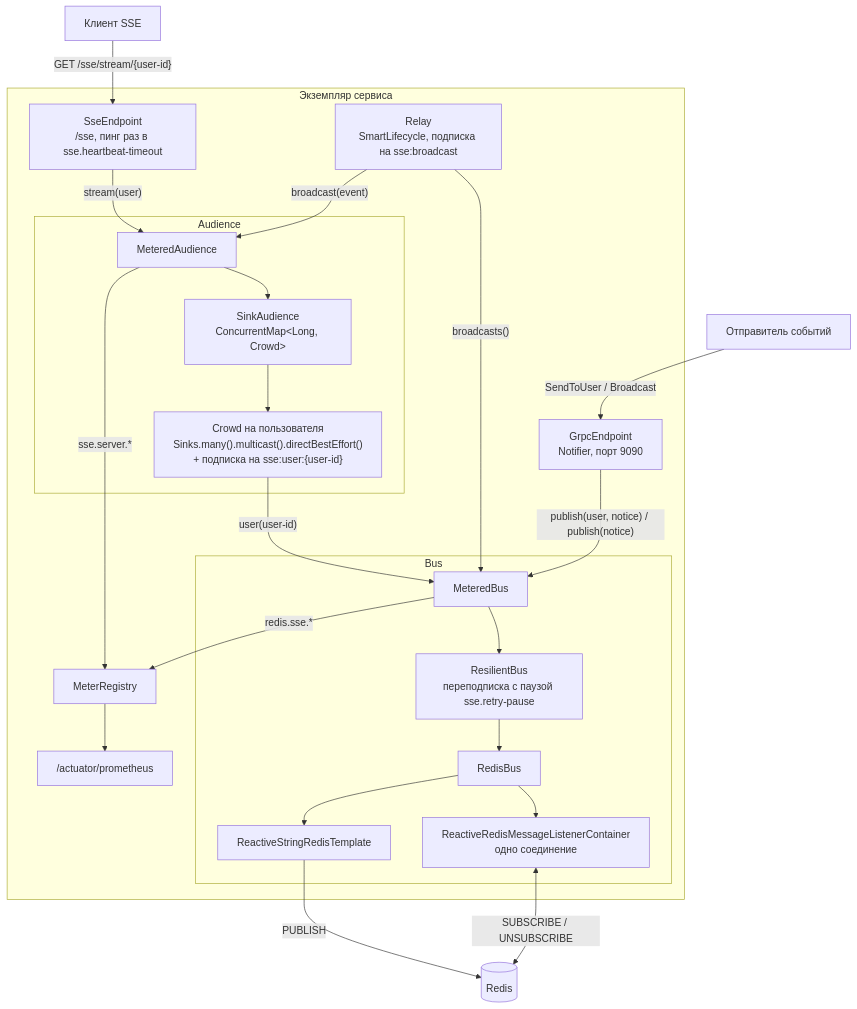
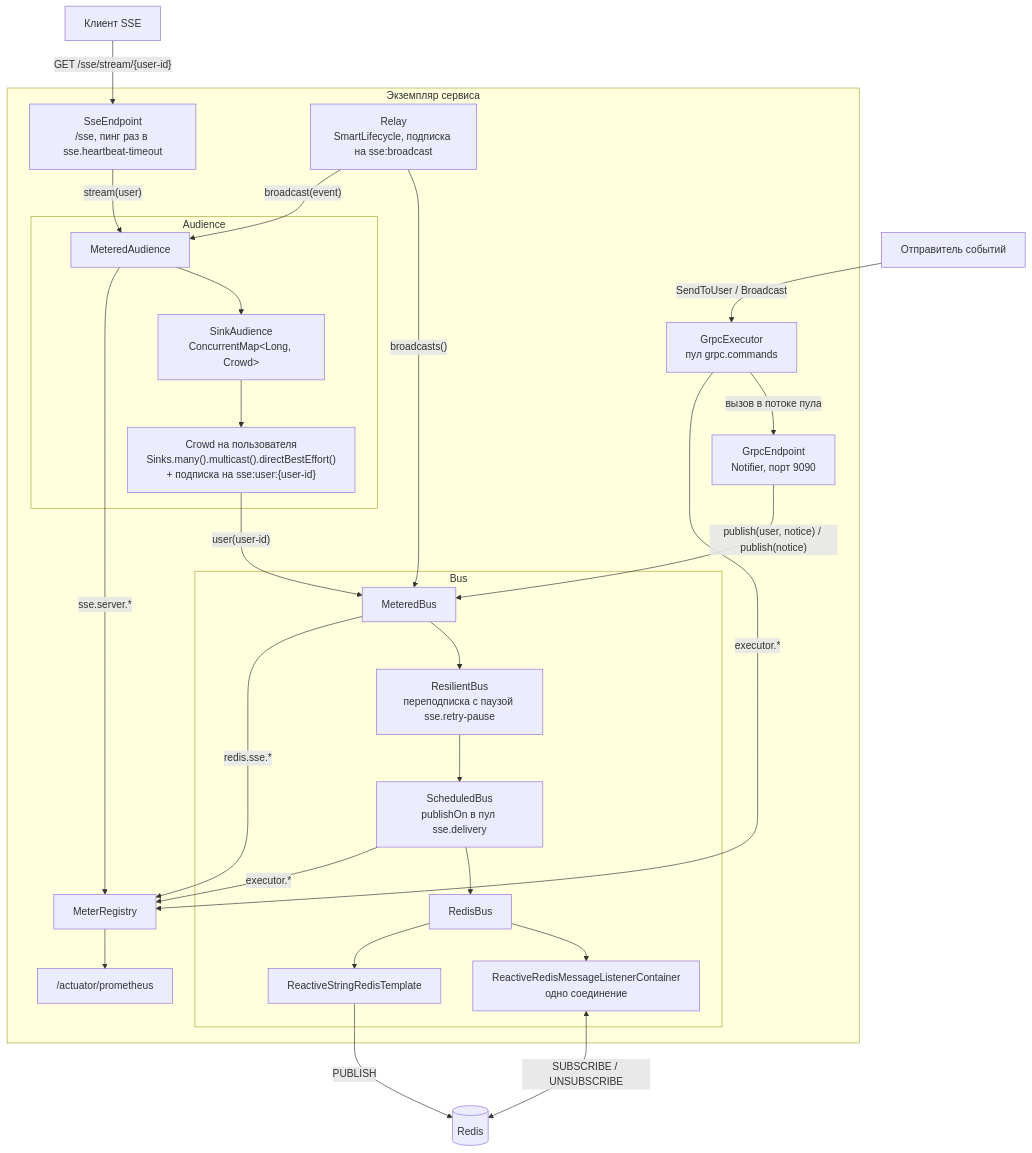
The third of 3 diagrams in 30-spring-sse/ARCHITECTURE.md (BasePractice/SprBut), drawn with Mermaid before and after one commit. The commit also changed other lines of this file and 9 other files, not shown here.

````diff
--- a/30-spring-sse/ARCHITECTURE.md
+++ b/30-spring-sse/ARCHITECTURE.md
@@ -87,53 +92,59 @@
 ```mermaid
 flowchart TB
     browser["Клиент SSE"]
     sender["Отправитель событий"]
     redis[("Redis")]
 
     subgraph instance["Экземпляр сервиса"]
         endpoint["SseEndpoint<br/>/sse, пинг раз в sse.heartbeat-timeout"]
         grpc["GrpcEndpoint<br/>Notifier, порт 9090"]
+        commands["GrpcExecutor<br/>пул grpc.commands"]
 
         subgraph audience["Audience"]
             metered_audience["MeteredAudience"]
             sink_audience["SinkAudience<br/>ConcurrentMap&lt;Long, Crowd&gt;"]
             crowd["Crowd на пользователя<br/>Sinks.many().multicast().directBestEffort()<br/>+ подписка на sse:user:{user-id}"]
         end
 
         subgraph bus["Bus"]
             metered_bus["MeteredBus"]
             resilient_bus["ResilientBus<br/>переподписка с паузой sse.retry-pause"]
+            scheduled_bus["ScheduledBus<br/>publishOn в пул sse.delivery"]
             redis_bus["RedisBus"]
             container["ReactiveRedisMessageListenerContainer<br/>одно соединение"]
             template["ReactiveStringRedisTemplate"]
         end
 
         relay["Relay<br/>SmartLifecycle, подписка на sse:broadcast"]
         registry["MeterRegistry"]
         actuator["/actuator/prometheus"]
     end
 
     browser -->|"GET /sse/stream/{user-id}"| endpoint
-    sender -->|"SendToUser / Broadcast"| grpc
+    sender -->|"SendToUser / Broadcast"| commands
+    commands -->|"вызов в потоке пула"| grpc
 
     endpoint -->|"stream(user)"| metered_audience
     grpc -->|"publish(user, notice) / publish(notice)"| metered_bus
 
     metered_audience --> sink_audience
     sink_audience --> crowd
     crowd -->|"user(user-id)"| metered_bus
 
     metered_bus --> resilient_bus
-    resilient_bus --> redis_bus
+    resilient_bus --> scheduled_bus
+    scheduled_bus --> redis_bus
     redis_bus --> container
     redis_bus --> template
     template -->|"PUBLISH"| redis
     container <-->|"SUBSCRIBE / UNSUBSCRIBE"| redis
 
     relay -->|"broadcasts()"| metered_bus
     relay -->|"broadcast(event)"| metered_audience
 
     metered_audience -->|"sse.server.*"| registry
     metered_bus -->|"redis.sse.*"| registry
+    commands -->|"executor.*"| registry
+    scheduled_bus -->|"executor.*"| registry
     registry --> actuator
 ```
````
